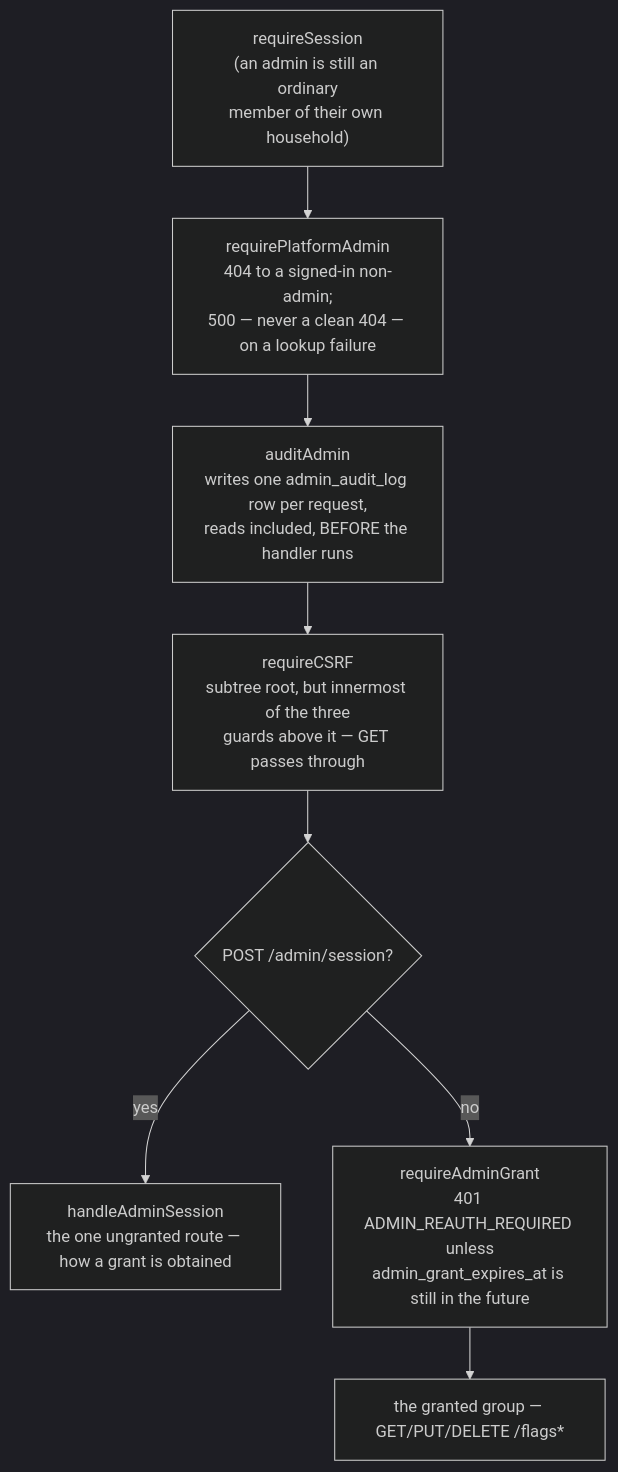
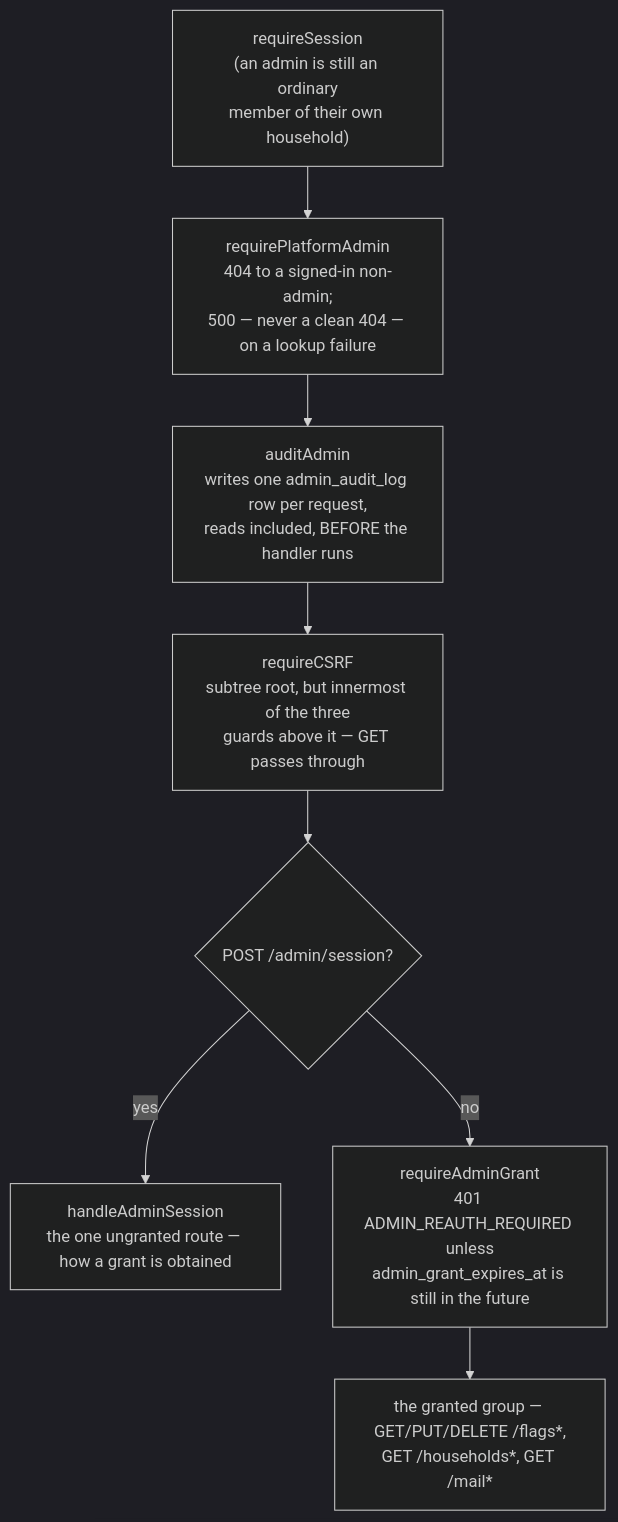
The fifth of 19 diagrams in docs/SYSTEM_DESIGN.md (oandrz/Household), drawn with Mermaid (dark theme) before and after one commit. The commit also changed other lines of this file and 36 other files, not shown here.

````diff
--- a/docs/SYSTEM_DESIGN.md
+++ b/docs/SYSTEM_DESIGN.md
@@ -675,10 +751,10 @@
 ```mermaid
 graph TD
     S["requireSession<br/>(an admin is still an ordinary<br/>member of their own household)"] --> PA["requirePlatformAdmin<br/>404 to a signed-in non-admin;<br/>500 — never a clean 404 — on a lookup failure"]
     PA --> AA["auditAdmin<br/>writes one admin_audit_log row per request,<br/>reads included, BEFORE the handler runs"]
     AA --> CS["requireCSRF<br/>subtree root, but innermost of the three<br/>guards above it — GET passes through"]
     CS --> Which{"POST /admin/session?"}
     Which -->|yes| H1["handleAdminSession<br/>the one ungranted route — how a grant is obtained"]
     Which -->|no| AG["requireAdminGrant<br/>401 ADMIN_REAUTH_REQUIRED unless<br/>admin_grant_expires_at is still in the future"]
-    AG --> H2["the granted group — GET/PUT/DELETE /flags*"]
+    AG --> H2["the granted group — GET/PUT/DELETE /flags*,<br/>GET /households*, GET /mail*"]
 ```
````
